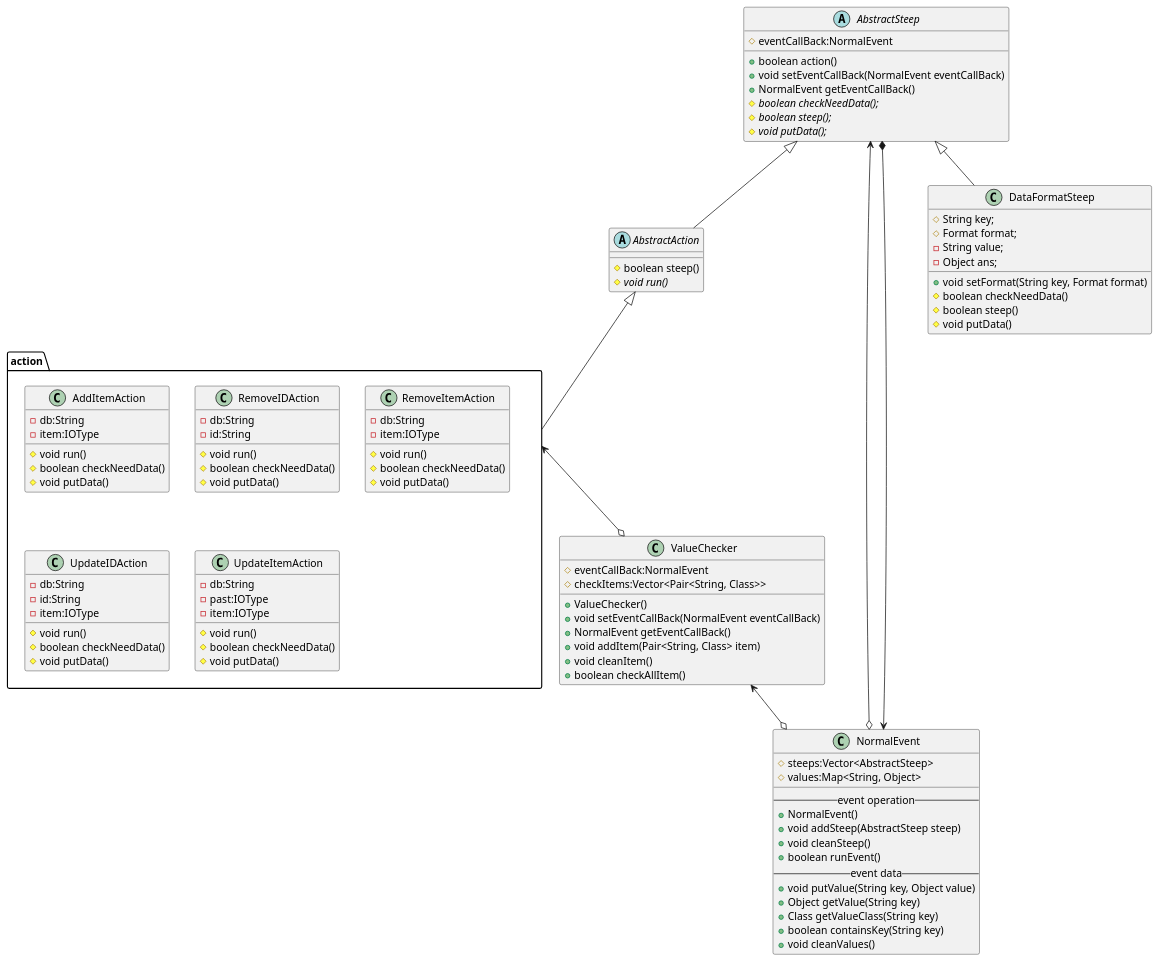
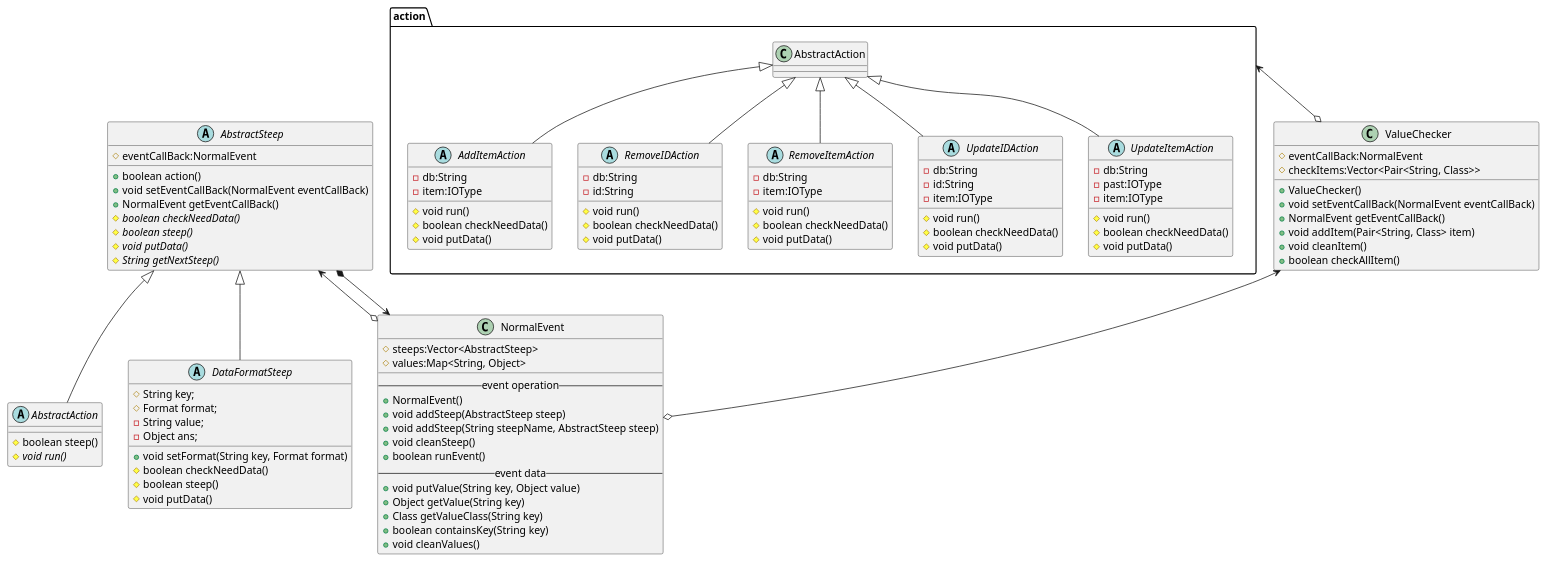
The diagram in src/control/event/event.puml (xloypaypa/HomeworkFramework), drawn with PlantUML before and after one commit. The commit also changed 8 other files, not shown here.

```diff
--- a/src/control/event/event.puml
+++ b/src/control/event/event.puml
@@ -1,115 +1,116 @@
 @startuml
 
 abstract class AbstractSteep {
 	# eventCallBack:NormalEvent
 
 	+ boolean action()
 	+ void setEventCallBack(NormalEvent eventCallBack)
 	+ NormalEvent getEventCallBack()
-	# {abstract} boolean checkNeedData();
-	# {abstract} boolean steep();
-	# {abstract} void putData();
+	# {abstract} boolean checkNeedData()
+	# {abstract} boolean steep()
+	# {abstract} void putData()
+	# {abstract} String getNextSteep()
 }
 
 abstract class AbstractAction extends AbstractSteep {
     # boolean steep()
     # {abstract} void run()
 }
 
 class NormalEvent {
 	# steeps:Vector<AbstractSteep>
 	# values:Map<String, Object>
 	__
 	--event operation--
 	+ NormalEvent()
 	+ void addSteep(AbstractSteep steep)
+	+ void addSteep(String steepName, AbstractSteep steep)
 	+ void cleanSteep()
 	+ boolean runEvent()
 	--event data--
 	+ void putValue(String key, Object value)
 	+ Object getValue(String key)
 	+ Class getValueClass(String key)
 	+ boolean containsKey(String key)
 	+ void cleanValues()
 }
 
 class ValueChecker {
     # eventCallBack:NormalEvent
     # checkItems:Vector<Pair<String, Class>>
 
     + ValueChecker()
     + void setEventCallBack(NormalEvent eventCallBack)
     + NormalEvent getEventCallBack()
     + void addItem(Pair<String, Class> item)
     + void cleanItem()
     + boolean checkAllItem()
 }
 
 package action {
-	class AddItemAction {
+	abstract class AddItemAction extends AbstractAction {
 		- db:String
 		- item:IOType
 
 		# void run()
 		# boolean checkNeedData()
 		# void putData()
 	}
 
-	class RemoveIDAction {
+	abstract class RemoveIDAction extends AbstractAction {
 		- db:String
 		- id:String
 
 		# void run()
 		# boolean checkNeedData()
 		# void putData()
 	}
 
-	class RemoveItemAction {
+	abstract class RemoveItemAction extends AbstractAction {
 		- db:String
 		- item:IOType
 
 		# void run()
 		# boolean checkNeedData()
 		# void putData()
 	}
 
-	class UpdateIDAction {
+	abstract class UpdateIDAction extends AbstractAction {
 		- db:String
 		-id:String
 		- item:IOType
 
 		# void run()
 		# boolean checkNeedData()
 		# void putData()
 	}
 
-	class UpdateItemAction {
+	abstract class UpdateItemAction extends AbstractAction {
 		- db:String
 		- past:IOType
 		- item:IOType
 
 		# void run()
 		# boolean checkNeedData()
 		# void putData()
 	}
 }
 
-class DataFormatSteep extends AbstractSteep {
+abstract class DataFormatSteep extends AbstractSteep {
     # String key;
     # Format format;
     - String value;
     - Object ans;
 
     + void setFormat(String key, Format format)
     # boolean checkNeedData()
     # boolean steep()
     # void putData()
 }
 
-AbstractAction <|-- action
 NormalEvent <--* AbstractSteep
 action <--o ValueChecker
 ValueChecker <--o NormalEvent
 AbstractSteep <--o NormalEvent
 
 @enduml
```
